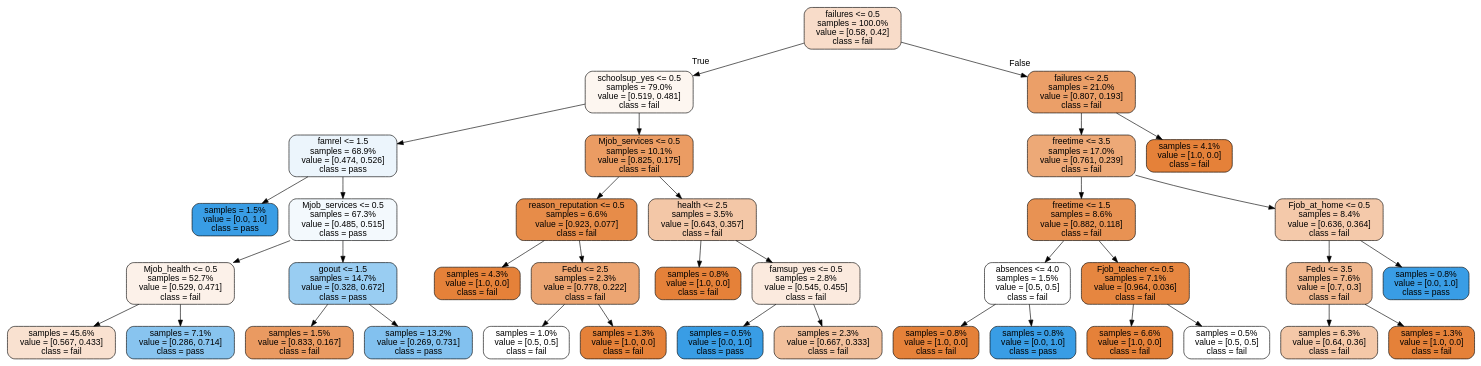
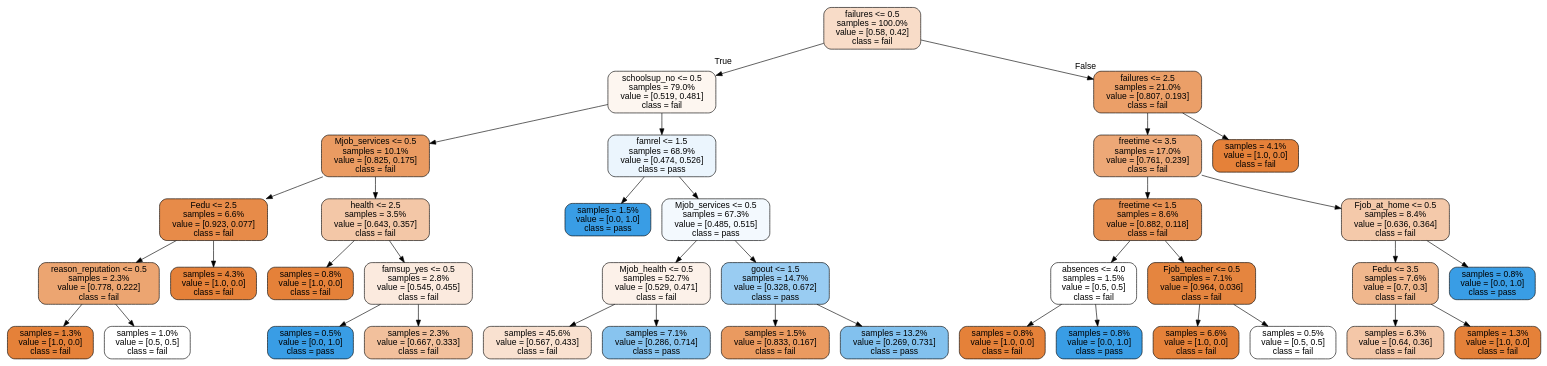
The diagram in src/1174021/student-performance.dot (KecerdasanBuatan17/KB3A), drawn with Graphviz before and after one commit. The commit also changed 32 other files, not shown here.

```diff
--- a/src/1174021/student-performance.dot
+++ b/src/1174021/student-performance.dot
@@ -1,77 +1,77 @@
 digraph Tree {
 node [shape=box, style="filled, rounded", color="black", fontname=helvetica] ;
 edge [fontname=helvetica] ;
-0 [label="failures <= 0.5\nsamples = 100.0%\nvalue = [0.58, 0.42]\nclass = fail", fillcolor="#f8dcc9"] ;
-1 [label="schoolsup_yes <= 0.5\nsamples = 79.0%\nvalue = [0.519, 0.481]\nclass = fail", fillcolor="#fdf6f0"] ;
+0 [label="failures <= 0.5\nsamples = 100.0%\nvalue = [0.58, 0.42]\nclass = fail", fillcolor="#e5813946"] ;
+1 [label="schoolsup_no <= 0.5\nsamples = 79.0%\nvalue = [0.519, 0.481]\nclass = fail", fillcolor="#e5813913"] ;
 0 -> 1 [labeldistance=2.5, labelangle=45, headlabel="True"] ;
-2 [label="famrel <= 1.5\nsamples = 68.9%\nvalue = [0.474, 0.526]\nclass = pass", fillcolor="#ecf5fc"] ;
+2 [label="Mjob_services <= 0.5\nsamples = 10.1%\nvalue = [0.825, 0.175]\nclass = fail", fillcolor="#e58139c9"] ;
 1 -> 2 ;
-3 [label="samples = 1.5%\nvalue = [0.0, 1.0]\nclass = pass", fillcolor="#399de5"] ;
+3 [label="Fedu <= 2.5\nsamples = 6.6%\nvalue = [0.923, 0.077]\nclass = fail", fillcolor="#e58139ea"] ;
 2 -> 3 ;
-4 [label="Mjob_services <= 0.5\nsamples = 67.3%\nvalue = [0.485, 0.515]\nclass = pass", fillcolor="#f3f9fd"] ;
-2 -> 4 ;
-5 [label="Mjob_health <= 0.5\nsamples = 52.7%\nvalue = [0.529, 0.471]\nclass = fail", fillcolor="#fcf1e9"] ;
+4 [label="reason_reputation <= 0.5\nsamples = 2.3%\nvalue = [0.778, 0.222]\nclass = fail", fillcolor="#e58139b6"] ;
+3 -> 4 ;
+5 [label="samples = 1.3%\nvalue = [1.0, 0.0]\nclass = fail", fillcolor="#e58139ff"] ;
 4 -> 5 ;
-6 [label="samples = 45.6%\nvalue = [0.567, 0.433]\nclass = fail", fillcolor="#f9e1d0"] ;
-5 -> 6 ;
-7 [label="samples = 7.1%\nvalue = [0.286, 0.714]\nclass = pass", fillcolor="#88c4ef"] ;
-5 -> 7 ;
-8 [label="goout <= 1.5\nsamples = 14.7%\nvalue = [0.328, 0.672]\nclass = pass", fillcolor="#99cdf2"] ;
-4 -> 8 ;
-9 [label="samples = 1.5%\nvalue = [0.833, 0.167]\nclass = fail", fillcolor="#ea9a61"] ;
+6 [label="samples = 1.0%\nvalue = [0.5, 0.5]\nclass = fail", fillcolor="#e5813900"] ;
+4 -> 6 ;
+7 [label="samples = 4.3%\nvalue = [1.0, 0.0]\nclass = fail", fillcolor="#e58139ff"] ;
+3 -> 7 ;
+8 [label="health <= 2.5\nsamples = 3.5%\nvalue = [0.643, 0.357]\nclass = fail", fillcolor="#e5813971"] ;
+2 -> 8 ;
+9 [label="samples = 0.8%\nvalue = [1.0, 0.0]\nclass = fail", fillcolor="#e58139ff"] ;
 8 -> 9 ;
-10 [label="samples = 13.2%\nvalue = [0.269, 0.731]\nclass = pass", fillcolor="#82c1ef"] ;
+10 [label="famsup_yes <= 0.5\nsamples = 2.8%\nvalue = [0.545, 0.455]\nclass = fail", fillcolor="#e581392a"] ;
 8 -> 10 ;
-11 [label="Mjob_services <= 0.5\nsamples = 10.1%\nvalue = [0.825, 0.175]\nclass = fail", fillcolor="#eb9c63"] ;
-1 -> 11 ;
-12 [label="reason_reputation <= 0.5\nsamples = 6.6%\nvalue = [0.923, 0.077]\nclass = fail", fillcolor="#e78c49"] ;
-11 -> 12 ;
-13 [label="samples = 4.3%\nvalue = [1.0, 0.0]\nclass = fail", fillcolor="#e58139"] ;
-12 -> 13 ;
-14 [label="Fedu <= 2.5\nsamples = 2.3%\nvalue = [0.778, 0.222]\nclass = fail", fillcolor="#eca572"] ;
-12 -> 14 ;
-15 [label="samples = 1.0%\nvalue = [0.5, 0.5]\nclass = fail", fillcolor="#ffffff"] ;
-14 -> 15 ;
-16 [label="samples = 1.3%\nvalue = [1.0, 0.0]\nclass = fail", fillcolor="#e58139"] ;
-14 -> 16 ;
-17 [label="health <= 2.5\nsamples = 3.5%\nvalue = [0.643, 0.357]\nclass = fail", fillcolor="#f3c7a7"] ;
-11 -> 17 ;
-18 [label="samples = 0.8%\nvalue = [1.0, 0.0]\nclass = fail", fillcolor="#e58139"] ;
-17 -> 18 ;
-19 [label="famsup_yes <= 0.5\nsamples = 2.8%\nvalue = [0.545, 0.455]\nclass = fail", fillcolor="#fbeade"] ;
-17 -> 19 ;
-20 [label="samples = 0.5%\nvalue = [0.0, 1.0]\nclass = pass", fillcolor="#399de5"] ;
+11 [label="samples = 0.5%\nvalue = [0.0, 1.0]\nclass = pass", fillcolor="#399de5ff"] ;
+10 -> 11 ;
+12 [label="samples = 2.3%\nvalue = [0.667, 0.333]\nclass = fail", fillcolor="#e581397f"] ;
+10 -> 12 ;
+13 [label="famrel <= 1.5\nsamples = 68.9%\nvalue = [0.474, 0.526]\nclass = pass", fillcolor="#399de519"] ;
+1 -> 13 ;
+14 [label="samples = 1.5%\nvalue = [0.0, 1.0]\nclass = pass", fillcolor="#399de5ff"] ;
+13 -> 14 ;
+15 [label="Mjob_services <= 0.5\nsamples = 67.3%\nvalue = [0.485, 0.515]\nclass = pass", fillcolor="#399de50f"] ;
+13 -> 15 ;
+16 [label="Mjob_health <= 0.5\nsamples = 52.7%\nvalue = [0.529, 0.471]\nclass = fail", fillcolor="#e581391c"] ;
+15 -> 16 ;
+17 [label="samples = 45.6%\nvalue = [0.567, 0.433]\nclass = fail", fillcolor="#e581393c"] ;
+16 -> 17 ;
+18 [label="samples = 7.1%\nvalue = [0.286, 0.714]\nclass = pass", fillcolor="#399de599"] ;
+16 -> 18 ;
+19 [label="goout <= 1.5\nsamples = 14.7%\nvalue = [0.328, 0.672]\nclass = pass", fillcolor="#399de583"] ;
+15 -> 19 ;
+20 [label="samples = 1.5%\nvalue = [0.833, 0.167]\nclass = fail", fillcolor="#e58139cc"] ;
 19 -> 20 ;
-21 [label="samples = 2.3%\nvalue = [0.667, 0.333]\nclass = fail", fillcolor="#f2c09c"] ;
+21 [label="samples = 13.2%\nvalue = [0.269, 0.731]\nclass = pass", fillcolor="#399de5a1"] ;
 19 -> 21 ;
-22 [label="failures <= 2.5\nsamples = 21.0%\nvalue = [0.807, 0.193]\nclass = fail", fillcolor="#eb9f68"] ;
+22 [label="failures <= 2.5\nsamples = 21.0%\nvalue = [0.807, 0.193]\nclass = fail", fillcolor="#e58139c2"] ;
 0 -> 22 [labeldistance=2.5, labelangle=-45, headlabel="False"] ;
-23 [label="freetime <= 3.5\nsamples = 17.0%\nvalue = [0.761, 0.239]\nclass = fail", fillcolor="#eda977"] ;
+23 [label="freetime <= 3.5\nsamples = 17.0%\nvalue = [0.761, 0.239]\nclass = fail", fillcolor="#e58139af"] ;
 22 -> 23 ;
-24 [label="freetime <= 1.5\nsamples = 8.6%\nvalue = [0.882, 0.118]\nclass = fail", fillcolor="#e89253"] ;
+24 [label="freetime <= 1.5\nsamples = 8.6%\nvalue = [0.882, 0.118]\nclass = fail", fillcolor="#e58139dd"] ;
 23 -> 24 ;
-25 [label="absences <= 4.0\nsamples = 1.5%\nvalue = [0.5, 0.5]\nclass = fail", fillcolor="#ffffff"] ;
+25 [label="absences <= 4.0\nsamples = 1.5%\nvalue = [0.5, 0.5]\nclass = fail", fillcolor="#e5813900"] ;
 24 -> 25 ;
-26 [label="samples = 0.8%\nvalue = [1.0, 0.0]\nclass = fail", fillcolor="#e58139"] ;
+26 [label="samples = 0.8%\nvalue = [1.0, 0.0]\nclass = fail", fillcolor="#e58139ff"] ;
 25 -> 26 ;
-27 [label="samples = 0.8%\nvalue = [0.0, 1.0]\nclass = pass", fillcolor="#399de5"] ;
+27 [label="samples = 0.8%\nvalue = [0.0, 1.0]\nclass = pass", fillcolor="#399de5ff"] ;
 25 -> 27 ;
-28 [label="Fjob_teacher <= 0.5\nsamples = 7.1%\nvalue = [0.964, 0.036]\nclass = fail", fillcolor="#e68640"] ;
+28 [label="Fjob_teacher <= 0.5\nsamples = 7.1%\nvalue = [0.964, 0.036]\nclass = fail", fillcolor="#e58139f6"] ;
 24 -> 28 ;
-29 [label="samples = 6.6%\nvalue = [1.0, 0.0]\nclass = fail", fillcolor="#e58139"] ;
+29 [label="samples = 6.6%\nvalue = [1.0, 0.0]\nclass = fail", fillcolor="#e58139ff"] ;
 28 -> 29 ;
-30 [label="samples = 0.5%\nvalue = [0.5, 0.5]\nclass = fail", fillcolor="#ffffff"] ;
+30 [label="samples = 0.5%\nvalue = [0.5, 0.5]\nclass = fail", fillcolor="#e5813900"] ;
 28 -> 30 ;
-31 [label="Fjob_at_home <= 0.5\nsamples = 8.4%\nvalue = [0.636, 0.364]\nclass = fail", fillcolor="#f4c9aa"] ;
+31 [label="Fjob_at_home <= 0.5\nsamples = 8.4%\nvalue = [0.636, 0.364]\nclass = fail", fillcolor="#e581396d"] ;
 23 -> 31 ;
-32 [label="Fedu <= 3.5\nsamples = 7.6%\nvalue = [0.7, 0.3]\nclass = fail", fillcolor="#f0b78e"] ;
+32 [label="Fedu <= 3.5\nsamples = 7.6%\nvalue = [0.7, 0.3]\nclass = fail", fillcolor="#e5813992"] ;
 31 -> 32 ;
-33 [label="samples = 6.3%\nvalue = [0.64, 0.36]\nclass = fail", fillcolor="#f4c8a8"] ;
+33 [label="samples = 6.3%\nvalue = [0.64, 0.36]\nclass = fail", fillcolor="#e5813970"] ;
 32 -> 33 ;
-34 [label="samples = 1.3%\nvalue = [1.0, 0.0]\nclass = fail", fillcolor="#e58139"] ;
+34 [label="samples = 1.3%\nvalue = [1.0, 0.0]\nclass = fail", fillcolor="#e58139ff"] ;
 32 -> 34 ;
-35 [label="samples = 0.8%\nvalue = [0.0, 1.0]\nclass = pass", fillcolor="#399de5"] ;
+35 [label="samples = 0.8%\nvalue = [0.0, 1.0]\nclass = pass", fillcolor="#399de5ff"] ;
 31 -> 35 ;
-36 [label="samples = 4.1%\nvalue = [1.0, 0.0]\nclass = fail", fillcolor="#e58139"] ;
+36 [label="samples = 4.1%\nvalue = [1.0, 0.0]\nclass = fail", fillcolor="#e58139ff"] ;
 22 -> 36 ;
 }
```
